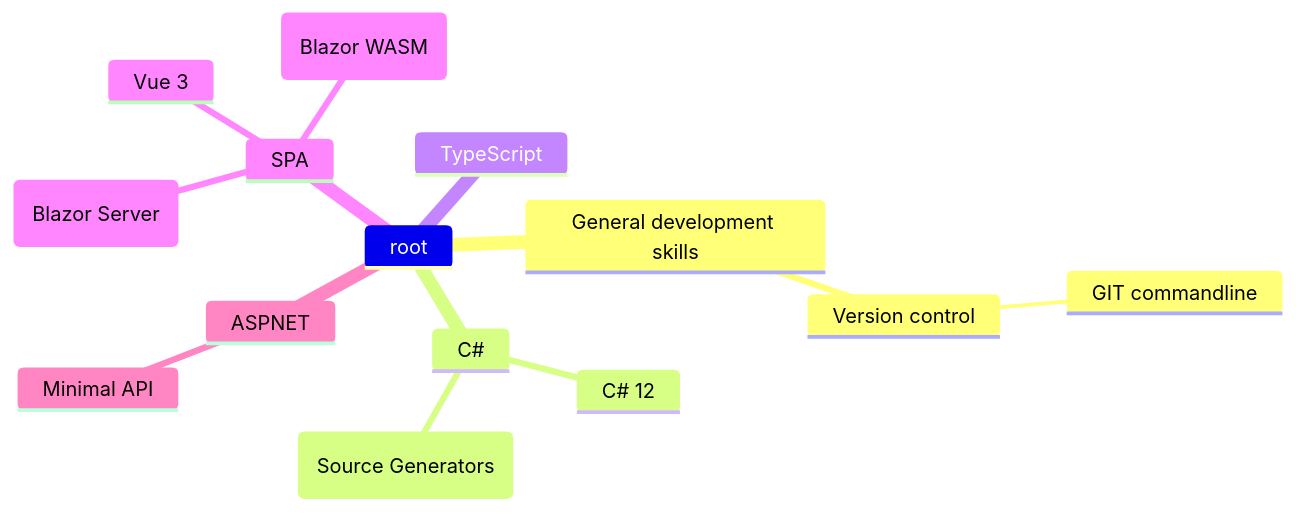
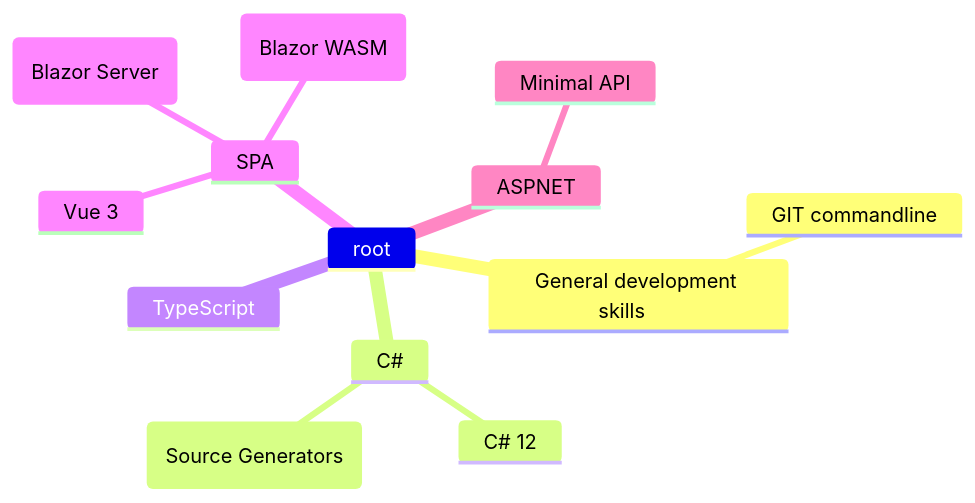
One commit to renevdhoek/renevdhoek changed the second of 2 diagrams in README.md. Above: the diagram before and after it, drawn with Mermaid.

````diff
--- a/README.md
+++ b/README.md
@@ -11,17 +11,16 @@
 ```mermaid
 mindmap
   root
-    General development skills
-      Version control
+    General development skills      
         GIT commandline
     C#
       C# 12
       (Source Generators)
     TypeScript
     SPA
       Vue 3
       (Blazor Server)
       (Blazor WASM)
     ASPNET
       Minimal API
 ```
````
